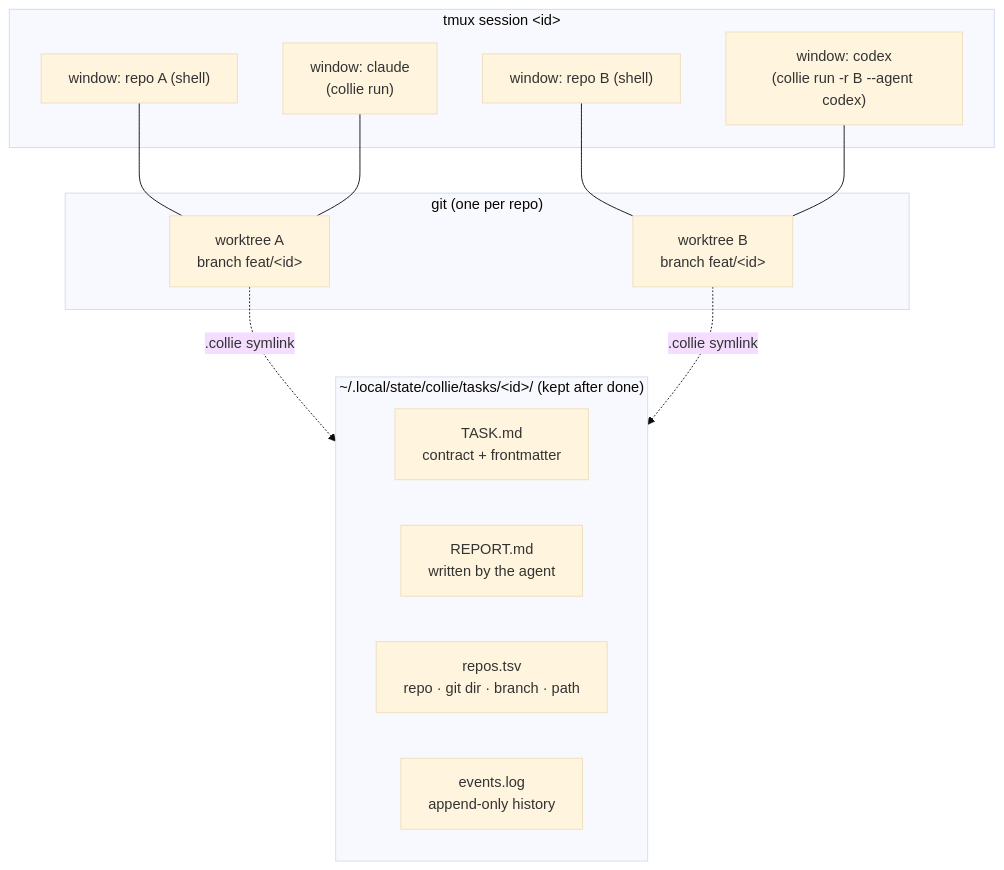
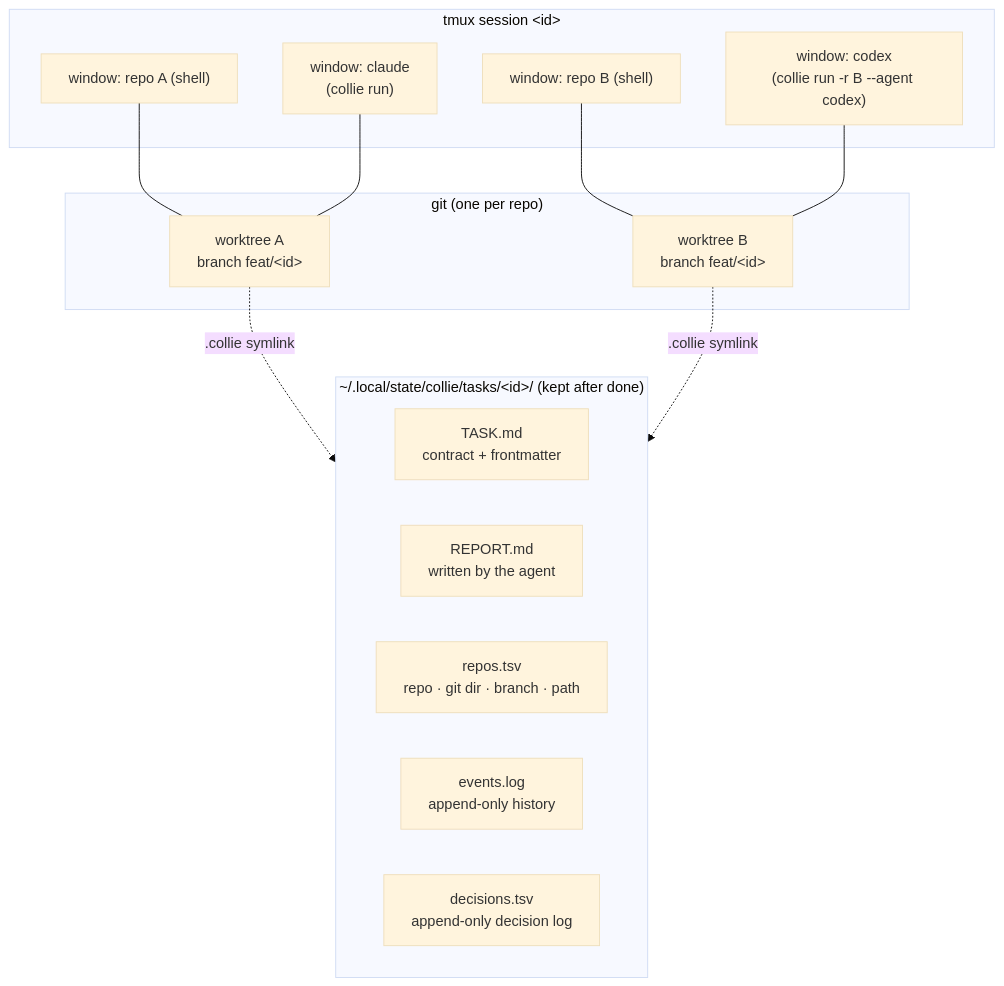
One commit to TSLsun/tmux-collie changed the second of 4 diagrams in docs/USAGE.md. Above: the diagram before and after it, drawn with Mermaid (base theme). The commit also changed other lines of this file and 3 other files, not shown here.

First line of the commit message:
docs: document the collie log decision trail

````diff
--- a/docs/USAGE.md
+++ b/docs/USAGE.md
@@ -35,25 +35,26 @@
 ```mermaid
 flowchart TB
     subgraph record["~/.local/state/collie/tasks/#lt;id#gt;/  (kept after done)"]
         taskmd["TASK.md<br/>contract + frontmatter"]
         report["REPORT.md<br/>written by the agent"]
         repos["repos.tsv<br/>repo · git dir · branch · path"]
         events["events.log<br/>append-only history"]
+        decisions["decisions.tsv<br/>append-only decision log"]
     end
     subgraph git["git (one per repo)"]
         wtA["worktree A<br/>branch feat/#lt;id#gt;"]
         wtB["worktree B<br/>branch feat/#lt;id#gt;"]
     end
     subgraph tmux["tmux session #lt;id#gt;"]
         winA["window: repo A (shell)"]
         winB["window: repo B (shell)"]
         agent1["window: claude<br/>(collie run)"]
         agent2["window: codex<br/>(collie run -r B --agent codex)"]
     end
     wtA -. ".collie symlink" .-> record
     wtB -. ".collie symlink" .-> record
     winA --- wtA
     winB --- wtB
     agent1 --- wtA
     agent2 --- wtB
 ```
````
